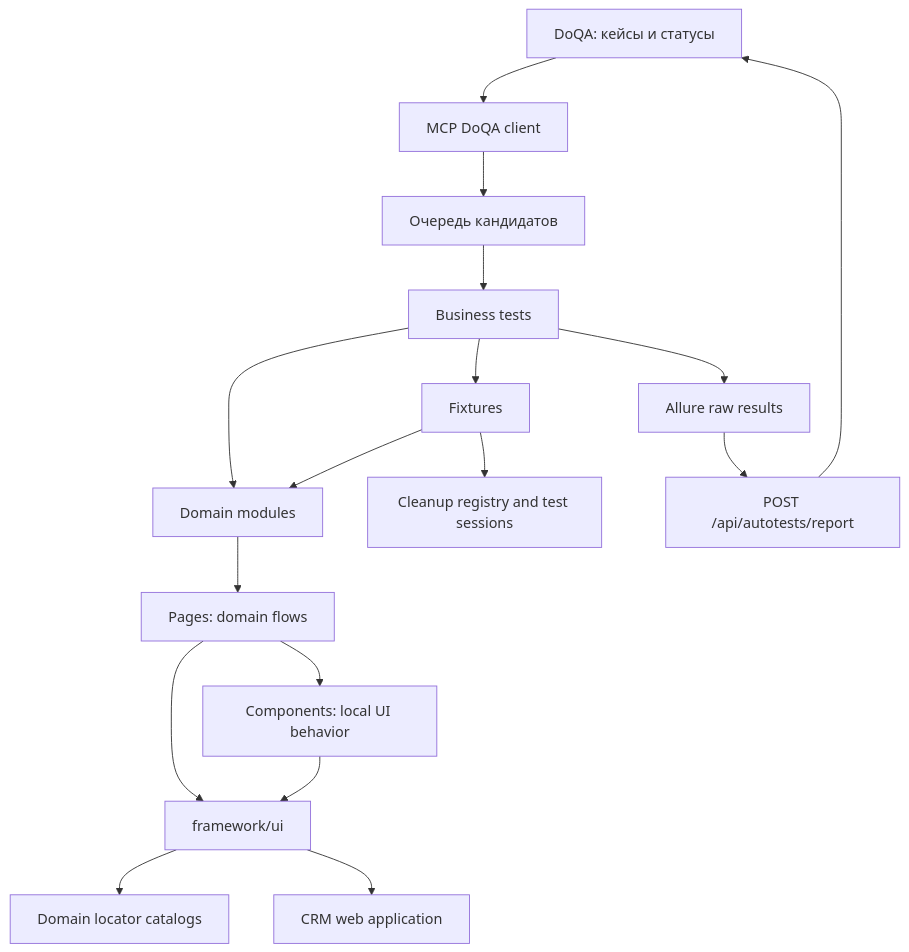
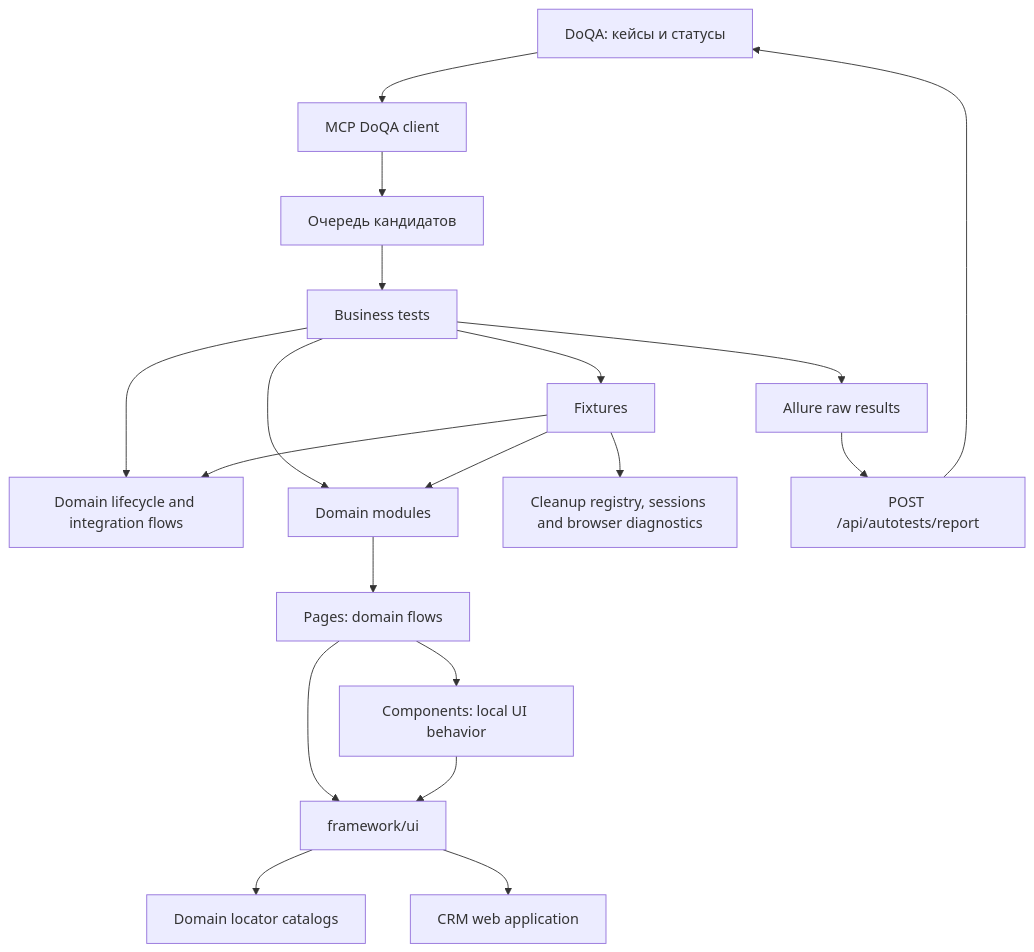
The diagram in docs/ARCHITECTURE.md (BBBtp/AezakmiGroup-Tests), drawn with Mermaid before and after one commit. The commit also changed other lines of this file and 34 other files, not shown here.

Commit message:
refactor: isolate browser sessions and diagnostics

````diff
--- a/docs/ARCHITECTURE.md
+++ b/docs/ARCHITECTURE.md
@@ -9,19 +9,21 @@
 ```mermaid
 flowchart TD
   DoQA[DoQA: кейсы и статусы] --> MCP[MCP DoQA client]
   MCP --> Queue[Очередь кандидатов]
   Queue --> Tests[Business tests]
   Tests --> Fixtures[Fixtures]
+  Tests --> Support[Domain lifecycle and integration flows]
   Tests --> Modules[Domain modules]
   Fixtures --> Modules
+  Fixtures --> Support
   Modules --> Pages[Pages: domain flows]
   Pages --> Components[Components: local UI behavior]
   Pages --> UI[framework/ui]
   Components --> UI
   UI --> Locators[Domain locator catalogs]
   UI --> CRM[CRM web application]
-  Fixtures --> Lifecycle[Cleanup registry and test sessions]
+  Fixtures --> Lifecycle[Cleanup registry, sessions and browser diagnostics]
   Tests --> Allure[Allure raw results]
   Allure --> Upload[POST /api/autotests/report]
   Upload --> DoQA
 ```
````
